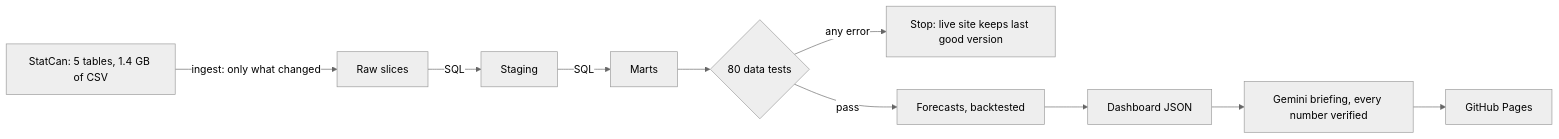
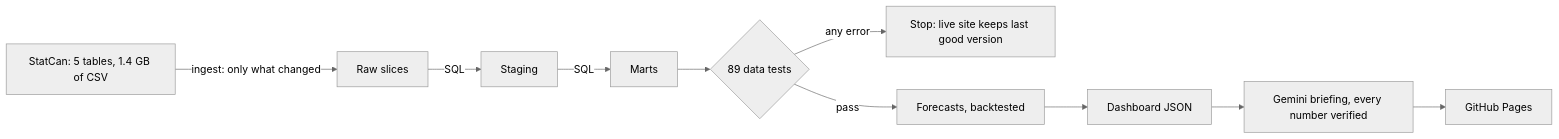
Before and after one commit to lekanlawal1/project5-canada-economy-platform: the diagram in README.md, drawn with Mermaid (neutral theme). The commit also changed other lines of this file, not shown here.

Commit message:
README: 89 data checks, as the live build reports

````diff
--- a/README.md
+++ b/README.md
@@ -11,11 +11,11 @@
 ```mermaid
 flowchart LR
     S[StatCan: 5 tables, 1.4 GB of CSV] -->|ingest: only what changed| R[Raw slices]
     R -->|SQL| ST[Staging] -->|SQL| M[Marts]
-    M --> T{80 data tests}
+    M --> T{89 data tests}
     T -->|any error| X[Stop: live site keeps last good version]
     T -->|pass| F[Forecasts, backtested]
     F --> E[Dashboard JSON]
     E --> B[Gemini briefing, every number verified]
     B --> P[GitHub Pages]
 ```
````
